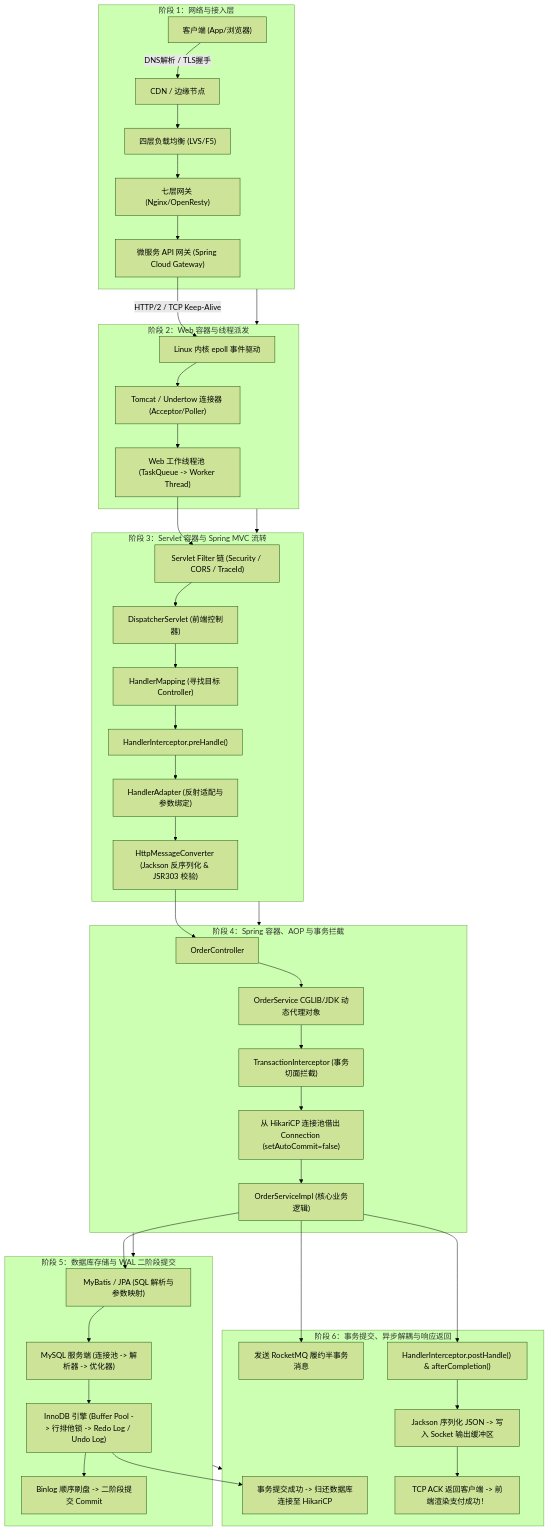
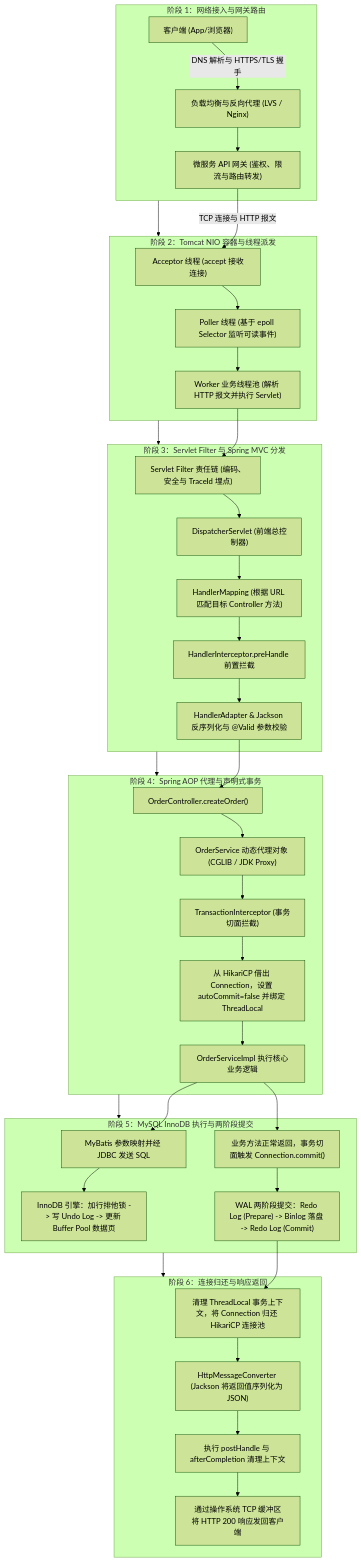
The diagram in 20-Java后端/10-知识串联与专题/02-一次Java请求的全链路.md (GuoWWWX/knowledge-base), drawn with Mermaid (forest theme) before and after one commit. The commit also changed other lines of this file and 251 other files, not shown here.

````diff
--- a/20-Java后端/10-知识串联与专题/02-一次Java请求的全链路.md
+++ b/20-Java后端/10-知识串联与专题/02-一次Java请求的全链路.md
@@ -25,53 +25,49 @@
 ```mermaid
 flowchart TD
-    subgraph NetLayer["阶段 1：网络与接入层"]
-        Client["客户端 (App/浏览器)"] -->|"DNS解析 / TLS握手"| CDN["CDN / 边缘节点"]
-        CDN --> LVS["四层负载均衡 (LVS/F5)"]
-        LVS --> Nginx["七层网关 (Nginx/OpenResty)"]
-        Nginx --> Gateway["微服务 API 网关 (Spring Cloud Gateway)"]
+    subgraph NetLayer["阶段 1：网络接入与网关路由"]
+        Client["客户端 (App/浏览器)"] -->|"DNS 解析与 HTTPS/TLS 握手"| SLB["负载均衡与反向代理 (LVS / Nginx)"]
+        SLB --> Gateway["微服务 API 网关 (鉴权、限流与路由转发)"]
     end
 
-    subgraph ContainerLayer["阶段 2：Web 容器与线程派发"]
-        Gateway -->|"HTTP/2 / TCP Keep-Alive"| Epoll["Linux 内核 epoll 事件驱动"]
-        Epoll --> Acceptor["Tomcat / Undertow 连接器 (Acceptor/Poller)"]
-        Acceptor --> WorkerPool["Web 工作线程池 (TaskQueue -> Worker Thread)"]
+    subgraph ContainerLayer["阶段 2：Tomcat NIO 容器与线程派发"]
+        Gateway -->|"TCP 连接与 HTTP 报文"| Acceptor["Acceptor 线程 (accept 接收连接)"]
+        Acceptor --> Poller["Poller 线程 (基于 epoll Selector 监听可读事件)"]
+        Poller --> WorkerPool["Worker 业务线程池 (解析 HTTP 报文并执行 Servlet)"]
     end
 
-    subgraph MVCLayer["阶段 3：Servlet 容器与 Spring MVC 流转"]
-        WorkerPool --> FilterChain["Servlet Filter 链 (Security / CORS / TraceId)"]
-        FilterChain --> Dispatcher["DispatcherServlet (前端控制器)"]
-        Dispatcher --> HandlerMapping["HandlerMapping (寻找目标 Controller)"]
-        HandlerMapping --> InterceptorPre["HandlerInterceptor.preHandle()"]
-        InterceptorPre --> Adapter["HandlerAdapter (反射适配与参数绑定)"]
-        Adapter --> DataBinder["HttpMessageConverter (Jackson 反序列化 & JSR303 校验)"]
+    subgraph MVCLayer["阶段 3：Servlet Filter 与 Spring MVC 分发"]
+        WorkerPool --> FilterChain["Servlet Filter 责任链 (编码、安全与 TraceId 埋点)"]
+        FilterChain --> Dispatcher["DispatcherServlet (前端总控制器)"]
+        Dispatcher --> HandlerMapping["HandlerMapping (根据 URL 匹配目标 Controller 方法)"]
+        HandlerMapping --> InterceptorPre["HandlerInterceptor.preHandle 前置拦截"]
+        InterceptorPre --> Adapter["HandlerAdapter & Jackson 反序列化与 @Valid 参数校验"]
     end
 
-    subgraph BizLayer["阶段 4：Spring 容器、AOP 与事务拦截"]
-        DataBinder --> Controller["OrderController"]
-        Controller --> Proxy["OrderService CGLIB/JDK 动态代理对象"]
+    subgraph BizLayer["阶段 4：Spring AOP 代理与声明式事务"]
+        Adapter --> Controller["OrderController.createOrder()"]
+        Controller --> Proxy["OrderService 动态代理对象 (CGLIB / JDK Proxy)"]
         Proxy --> TxInterceptor["TransactionInterceptor (事务切面拦截)"]
-        TxInterceptor --> ConnBorrow["从 HikariCP 连接池借出 Connection (setAutoCommit=false)"]
-        ConnBorrow --> ServiceImpl["OrderServiceImpl (核心业务逻辑)"]
+        TxInterceptor --> ConnBorrow["从 HikariCP 借出 Connection，设置 autoCommit=false 并绑定 ThreadLocal"]
+        ConnBorrow --> ServiceImpl["OrderServiceImpl 执行核心业务逻辑"]
     end
 
-    subgraph DBLayer["阶段 5：数据库存储与 WAL 二阶段提交"]
-        ServiceImpl --> MyBatis["MyBatis / JPA (SQL 解析与参数映射)"]
-        MyBatis --> MySQLServer["MySQL 服务端 (连接池 -> 解析器 -> 优化器)"]
-        MySQLServer --> InnoDB["InnoDB 引擎 (Buffer Pool -> 行排他锁 -> Redo Log / Undo Log)"]
-        InnoDB --> Binlog["Binlog 顺序刷盘 -> 二阶段提交 Commit"]
+    subgraph DBLayer["阶段 5：MySQL InnoDB 执行与两阶段提交"]
+        ServiceImpl --> MyBatis["MyBatis 参数映射并经 JDBC 发送 SQL"]
+        MyBatis --> InnoDB["InnoDB 引擎：加行排他锁 -> 写 Undo Log -> 更新 Buffer Pool 数据页"]
+        ServiceImpl --> TxCommit["业务方法正常返回，事务切面触发 Connection.commit()"]
+        TxCommit --> TwoPhase["WAL 两阶段提交：Redo Log (Prepare) -> Binlog 落盘 -> Redo Log (Commit)"]
     end
 
-    subgraph OutLayer["阶段 6：事务提交、异步解耦与响应返回"]
-        InnoDB --> ConnReturn["事务提交成功 -> 归还数据库连接至 HikariCP"]
-        ServiceImpl --> MQPublish["发送 RocketMQ 履约半事务消息"]
-        ServiceImpl --> InterceptorPost["HandlerInterceptor.postHandle() & afterCompletion()"]
-        InterceptorPost --> RespConverter["Jackson 序列化 JSON -> 写入 Socket 输出缓冲区"]
-        RespConverter --> ClientAck["TCP ACK 返回客户端 -> 前端渲染支付成功！"]
+    subgraph OutLayer["阶段 6：连接归还与响应返回"]
+        TwoPhase --> ConnReturn["清理 ThreadLocal 事务上下文，将 Connection 归还 HikariCP 连接池"]
+        ConnReturn --> RespConverter["HttpMessageConverter (Jackson 将返回值序列化为 JSON)"]
+        RespConverter --> InterceptorAfter["执行 postHandle 与 afterCompletion 清理上下文"]
+        InterceptorAfter --> ClientAck["通过操作系统 TCP 缓冲区将 HTTP 200 响应发回客户端"]
     end
 
     NetLayer --> ContainerLayer
     ContainerLayer --> MVCLayer
     MVCLayer --> BizLayer
     BizLayer --> DBLayer
     DBLayer --> OutLayer
 ```
````
